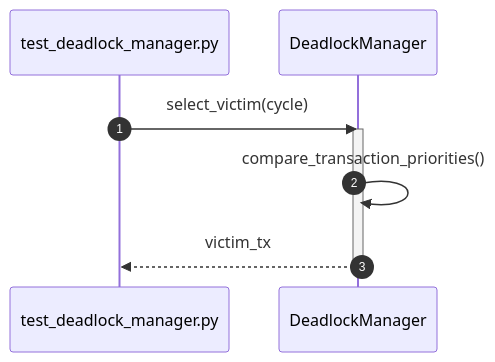
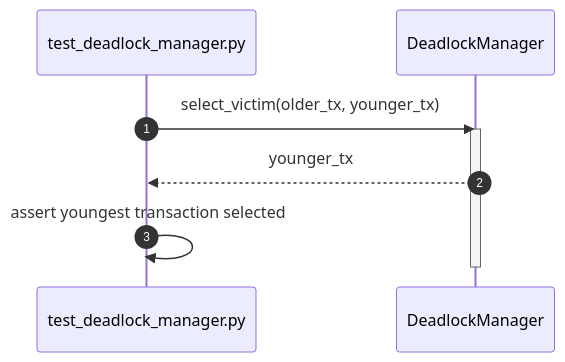
One commit to taitran501/DBMS changed the third of 52 diagrams in diagrams/sequence/transaction.md. Above: the diagram before and after it, drawn with Mermaid. The commit also changed other lines of this file and 6 other files, not shown here.

Commit message:
define Transaction unit test

````diff
--- a/diagrams/sequence/transaction.md
+++ b/diagrams/sequence/transaction.md
@@ -41,12 +41,12 @@
 ```mermaid
 sequenceDiagram
     autonumber
     participant Test as test_deadlock_manager.py
     participant SUT as DeadlockManager
 
-    Test->>SUT: select_victim(cycle)
+    Test->>SUT: select_victim(older_tx, younger_tx)
     activate SUT
-    SUT->>SUT: compare_transaction_priorities()
-    SUT-->>Test: victim_tx
+    SUT-->>Test: younger_tx
+    Test->>Test: assert youngest transaction selected
     deactivate SUT
 ```
````
